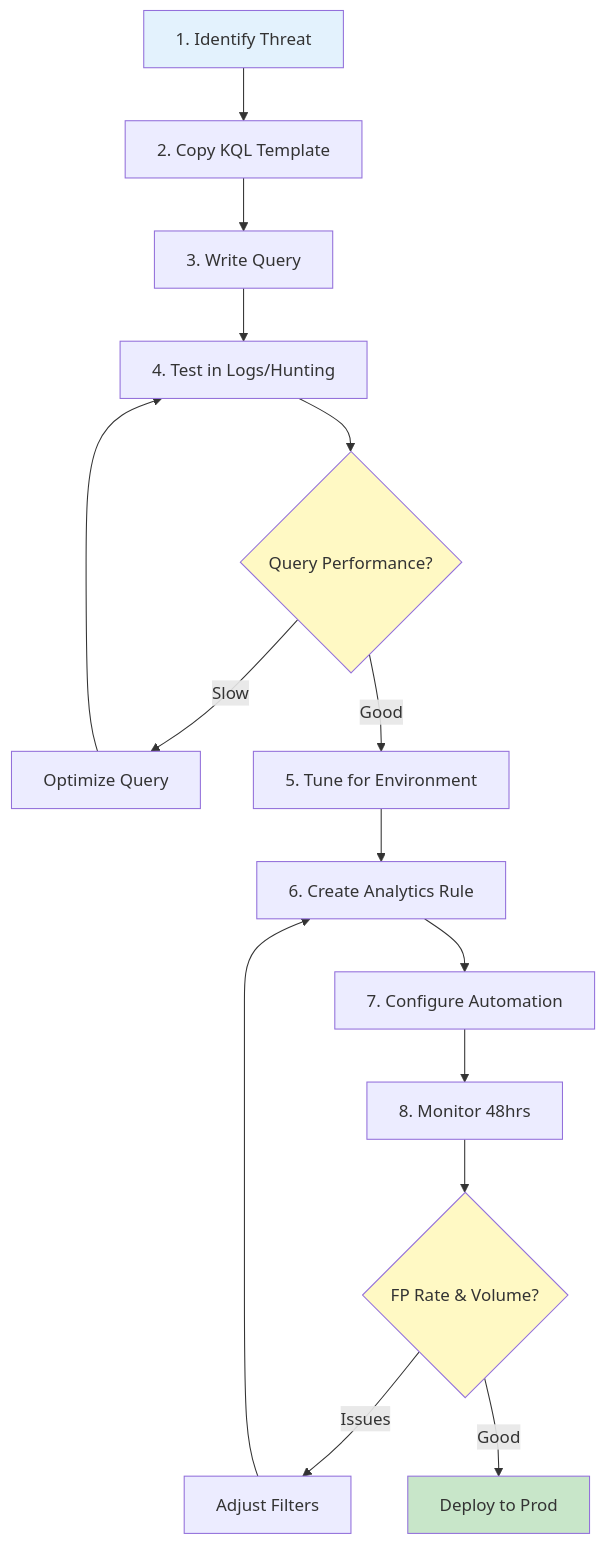
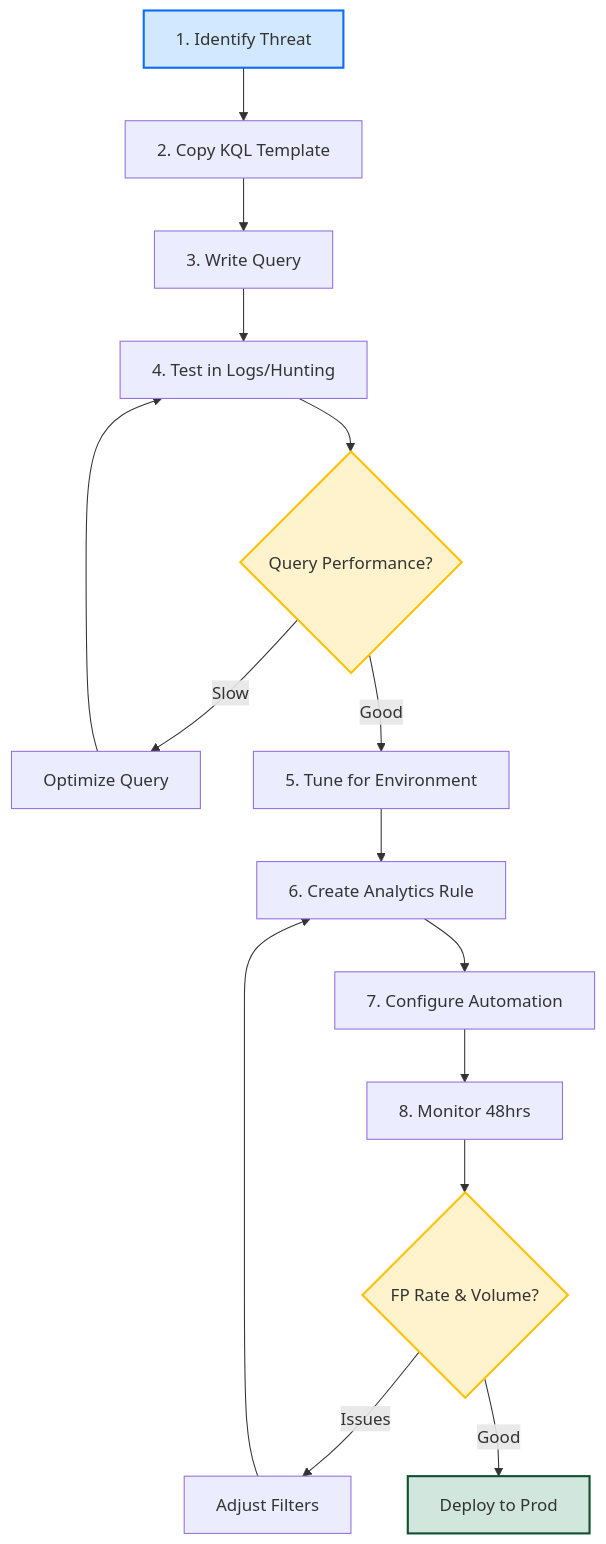
The diagram in README.md (PrototypePrime/Microsoft_Defender_KQL_Detection), drawn with Mermaid before and after one commit. The commit also changed other lines of this file and 1 other file, not shown here.

````diff
--- a/README.md
+++ b/README.md
@@ -176,22 +166,22 @@
 ```mermaid
 graph TD
     A[1. Identify Threat] --> B[2. Copy KQL Template]
     B --> C[3. Write Query]
     C --> D[4. Test in Logs/Hunting]
     D --> E{Query Performance?}
     E -->|Slow| F[Optimize Query]
     F --> D
     E -->|Good| G[5. Tune for Environment]
     G --> H[6. Create Analytics Rule]
     H --> I[7. Configure Automation]
     I --> J[8. Monitor 48hrs]
     J --> K{FP Rate & Volume?}
     K -->|Issues| L[Adjust Filters]
     L --> H
     K -->|Good| M[Deploy to Prod]
     
-    style A fill:#e3f2fd
-    style M fill:#c8e6c9
-    style E fill:#fff9c4
-    style K fill:#fff9c4
+    style A fill:#d1e8ff,stroke:#0d6efd,stroke-width:2px
+    style M fill:#d1e7dd,stroke:#0f5132,stroke-width:2px
+    style E fill:#fff3cd,stroke:#ffc107,stroke-width:2px
+    style K fill:#fff3cd,stroke:#ffc107,stroke-width:2px
 ```
````
